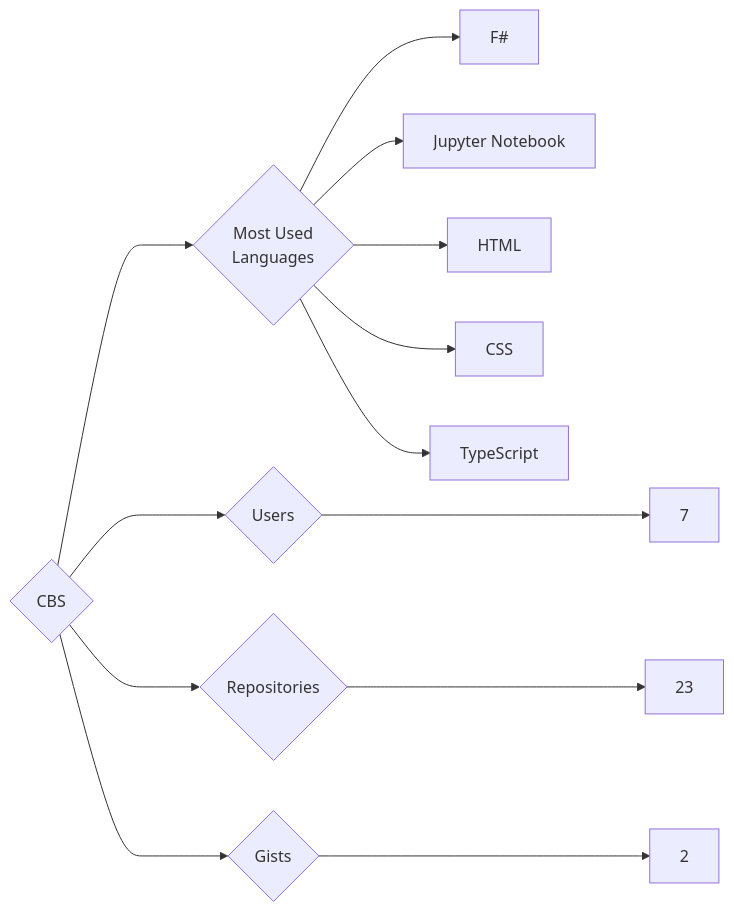
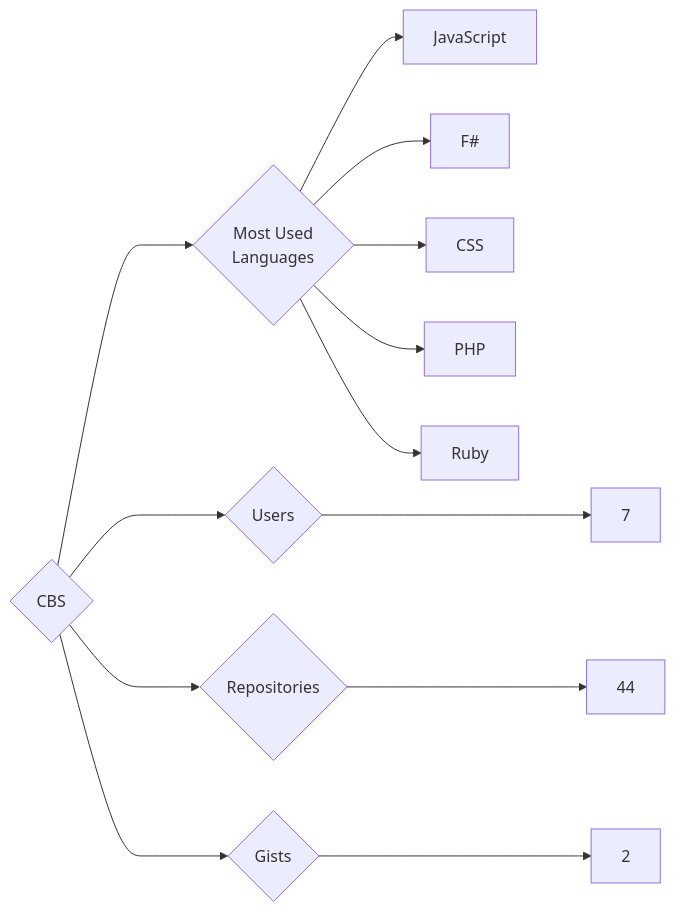
The diagram in targets/CBS/README.md (trickest/insiders), drawn with Mermaid before and after one commit. The commit also changed 639 other files, not shown here.

````diff
--- a/targets/CBS/README.md
+++ b/targets/CBS/README.md
@@ -3,13 +3,13 @@
 ```mermaid
 graph LR
 COMPANY_NAME{CBS}
 COMPANY_NAME ---> U{Users} ---> UN[7]
-COMPANY_NAME ---> R{Repositories} ---> RN[23]
+COMPANY_NAME ---> R{Repositories} ---> RN[44]
 COMPANY_NAME ---> G{Gists} ---> GN[2]
 COMPANY_NAME ---> ML{Most Used<br>Languages}
+ML --> JavaScript[JavaScript]
 ML --> F#[F#]
-ML --> Jupyter_Notebook[Jupyter Notebook]
-ML --> HTML[HTML]
 ML --> CSS[CSS]
-ML --> TypeScript[TypeScript]
+ML --> PHP[PHP]
+ML --> Ruby[Ruby]
 ```
````
